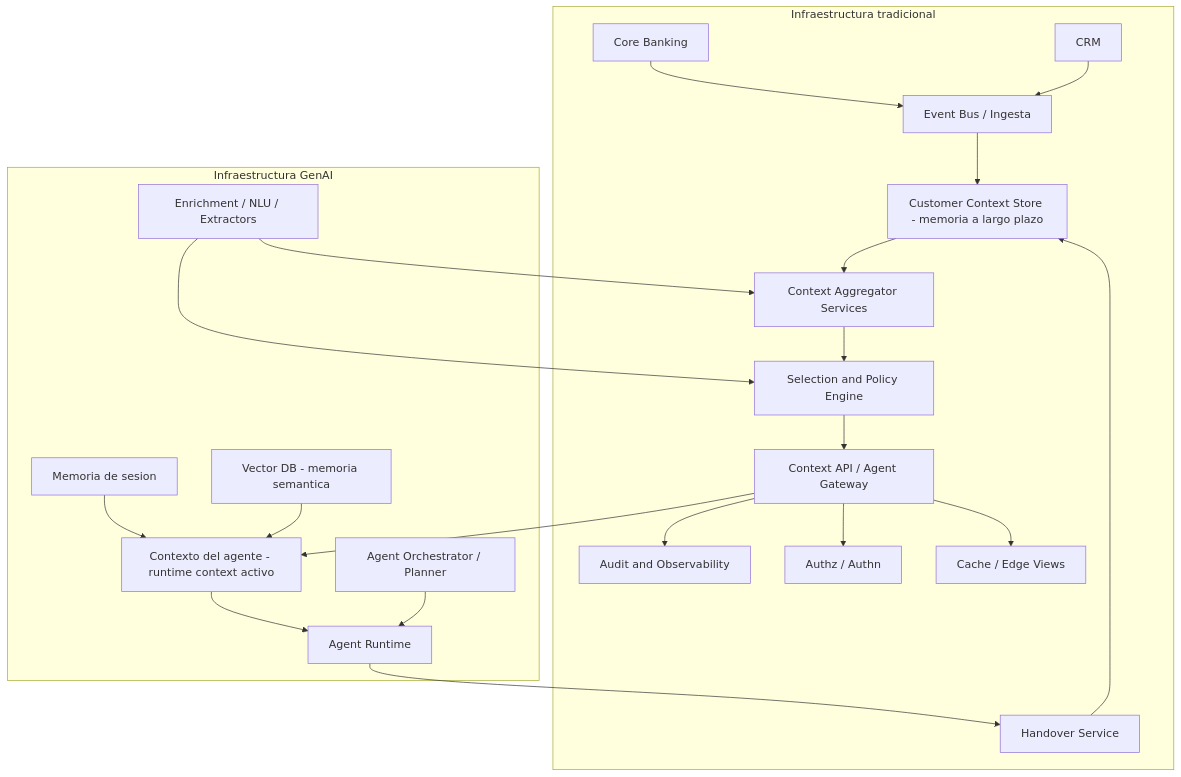
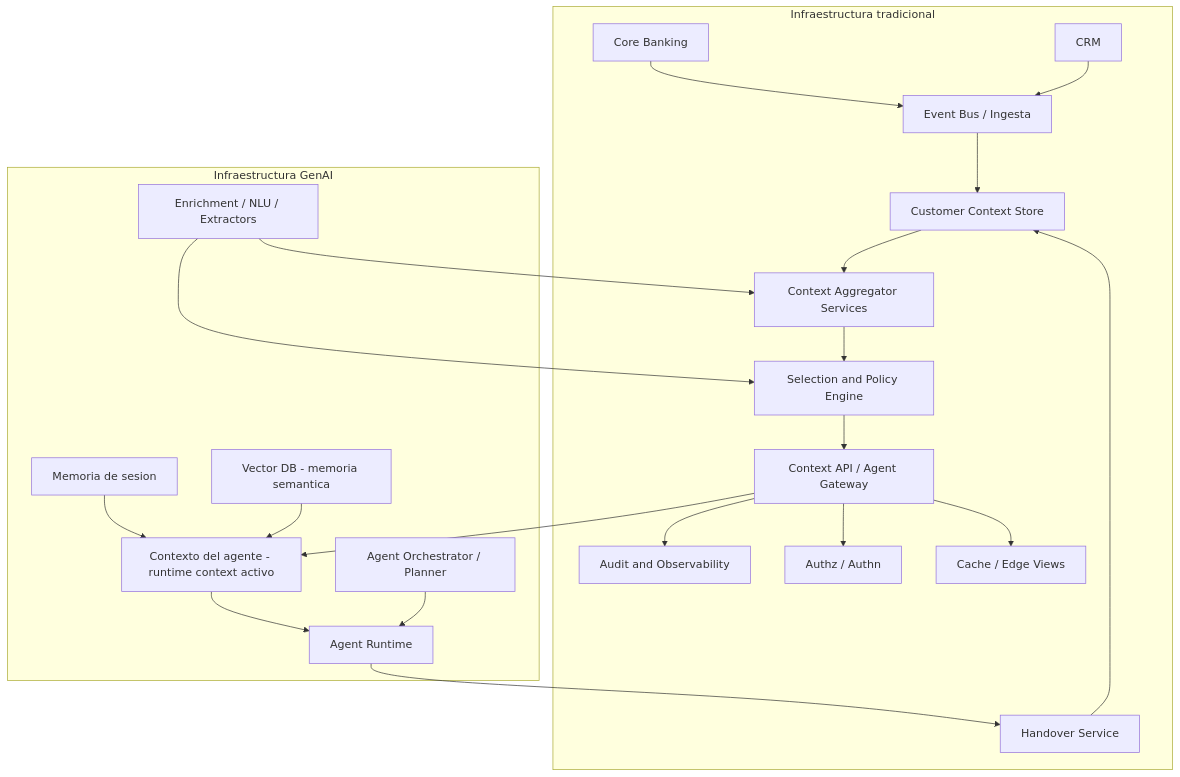
One commit to olgajoyas/ejemplos changed the diagram in contexto-ext.md. Above: the diagram before and after it, drawn with Mermaid.

````diff
--- a/contexto-ext.md
+++ b/contexto-ext.md
@@ -1,48 +1,48 @@
 ```mermaid
 flowchart TD
 
   subgraph TRAD["Infraestructura tradicional"]
     A1["Core Banking"]
     A2["CRM"]
     EB["Event Bus / Ingesta"]
-    CAS["Customer Context Store - memoria a largo plazo"]
+    CAS["Customer Context Store"]
     AGG["Context Aggregator Services"]
     POLICY["Selection and Policy Engine"]
     APIGW["Context API / Agent Gateway"]
     HOVER["Handover Service"]
     AUDIT["Audit and Observability"]
     AUTH["Authz / Authn"]
     CACHE["Cache / Edge Views"]
 
     A1 --> EB
     A2 --> EB
     EB --> CAS
     CAS --> AGG
     AGG --> POLICY
     POLICY --> APIGW
     HOVER --> CAS
   end
 
   subgraph GENAI["Infraestructura GenAI"]
     STM["Memoria de sesion"]
     CTX["Contexto del agente - runtime context activo"]
     VEC["Vector DB - memoria semantica"]
     R1["Agent Runtime"]
     ORCH["Agent Orchestrator / Planner"]
     ENRICH["Enrichment / NLU / Extractors"]
 
     STM --> CTX
     VEC --> CTX
     CTX --> R1
     ORCH --> R1
   end
 
   APIGW --> CTX
   ENRICH --> AGG
   ENRICH --> POLICY
   APIGW --> AUTH
   APIGW --> CACHE
   APIGW --> AUDIT
   R1 --> HOVER
 
 ```
````
